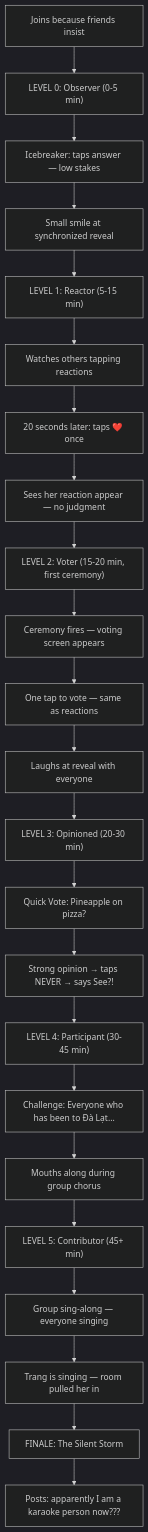
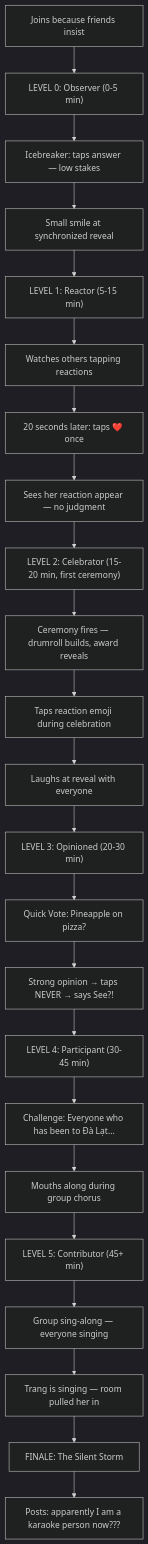
The third of 5 diagrams in _bmad-output/planning-artifacts/ux-design-specification.md (andukdahacker/karamania), drawn with Mermaid (dark theme) before and after one commit. The commit also changed other lines of this file and 1 other file, not shown here.

````diff
--- a/_bmad-output/planning-artifacts/ux-design-specification.md
+++ b/_bmad-output/planning-artifacts/ux-design-specification.md
@@ -2065,31 +2287,31 @@
 ```mermaid
 flowchart TD
     A["Joins because friends insist"] --> B["LEVEL 0: Observer (0-5 min)"]
     B --> C["Icebreaker: taps answer — low stakes"]
     C --> D[Small smile at synchronized reveal]
 
     D --> E["LEVEL 1: Reactor (5-15 min)"]
     E --> F[Watches others tapping reactions]
     F --> G["20 seconds later: taps ❤️ once"]
     G --> H["Sees her reaction appear — no judgment"]
 
-    H --> I["LEVEL 2: Voter (15-20 min, first ceremony)"]
-    I --> J[Ceremony fires — voting screen appears]
-    J --> K["One tap to vote — same as reactions"]
+    H --> I["LEVEL 2: Celebrator (15-20 min, first ceremony)"]
+    I --> J["Ceremony fires — drumroll builds, award reveals"]
+    J --> K["Taps reaction emoji during celebration"]
     K --> L[Laughs at reveal with everyone]
 
     L --> M["LEVEL 3: Opinioned (20-30 min)"]
     M --> N["Quick Vote: Pineapple on pizza?"]
     N --> O["Strong opinion → taps NEVER → says See?!"]
 
     O --> P["LEVEL 4: Participant (30-45 min)"]
     P --> Q["Challenge: Everyone who has been to Đà Lạt..."]
     Q --> R[Mouths along during group chorus]
 
     R --> S["LEVEL 5: Contributor (45+ min)"]
     S --> T["Group sing-along — everyone singing"]
     T --> U[Trang is singing — room pulled her in]
 
     U --> V["FINALE: The Silent Storm"]
     V --> W["Posts: apparently I am a karaoke person now???"]
 ```
````
